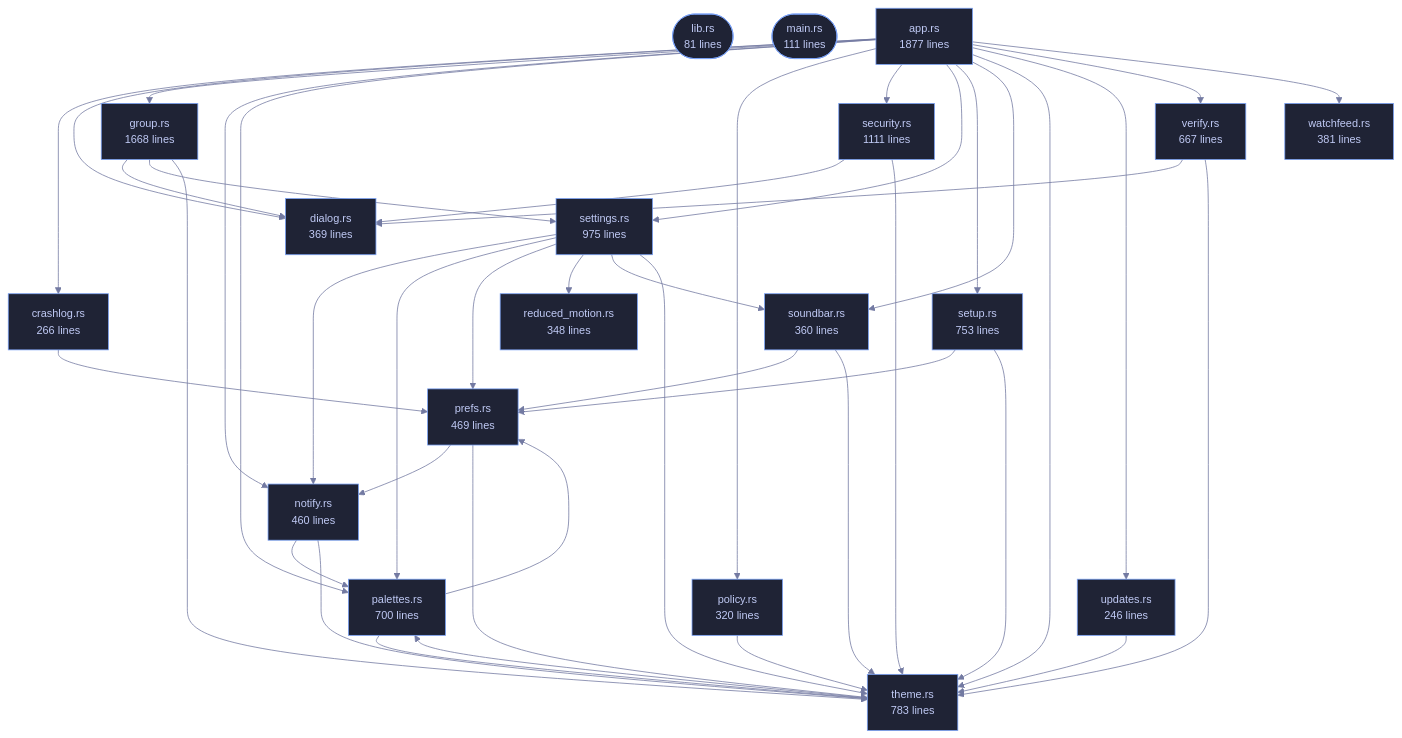
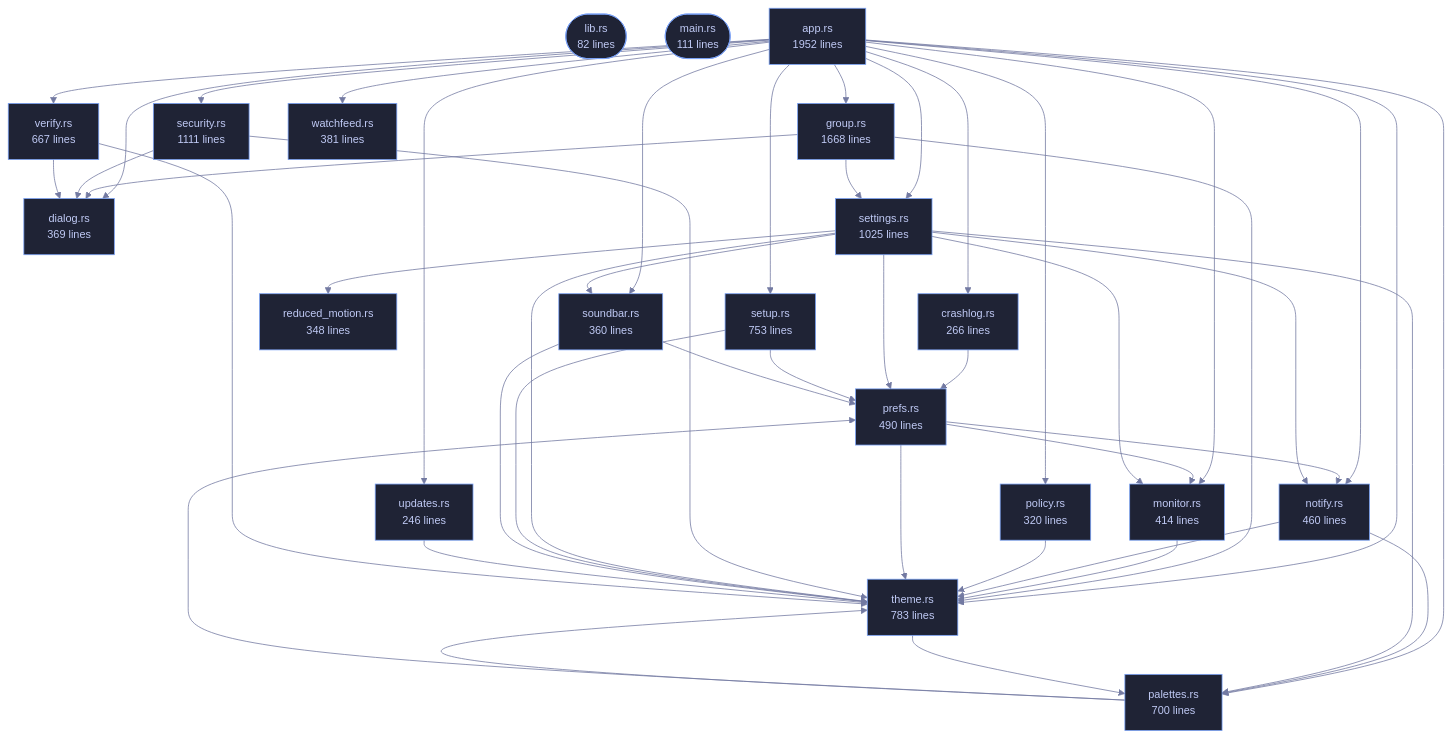
Before and after one commit to tilas01/veilvoice: the diagram in crates/veilvoice-gui/README.md, drawn with Mermaid. The commit also changed other lines of this file and 81 other files, not shown here.

````diff
--- a/crates/veilvoice-gui/README.md
+++ b/crates/veilvoice-gui/README.md
@@ -94,19 +94,20 @@
 ```mermaid
 %%{init: {"theme":"base","themeVariables":{"background":"#1a1b26","primaryColor":"#1f2335","primaryTextColor":"#c0caf5","primaryBorderColor":"#7aa2f7","secondaryColor":"#16161e","tertiaryColor":"#16161e","lineColor":"#737aa2","textColor":"#c0caf5","mainBkg":"#1f2335","nodeBorder":"#7aa2f7","clusterBkg":"#16161e","clusterBorder":"#2f3549","fontFamily":"ui-monospace, SFMono-Regular, Consolas, monospace","fontSize":"14px"}}}%%
 flowchart TD
-    n_lib(["lib.rs<br/>81 lines"])
+    n_lib(["lib.rs<br/>82 lines"])
     n_main(["main.rs<br/>111 lines"])
-    n_app["app.rs<br/>1877 lines"]
+    n_app["app.rs<br/>1952 lines"]
     n_crashlog["crashlog.rs<br/>266 lines"]
     n_dialog["dialog.rs<br/>369 lines"]
     n_group["group.rs<br/>1668 lines"]
+    n_monitor["monitor.rs<br/>414 lines"]
     n_notify["notify.rs<br/>460 lines"]
     n_palettes["palettes.rs<br/>700 lines"]
     n_policy["policy.rs<br/>320 lines"]
-    n_prefs["prefs.rs<br/>469 lines"]
+    n_prefs["prefs.rs<br/>490 lines"]
     n_reduced_motion["reduced_motion.rs<br/>348 lines"]
     n_security["security.rs<br/>1111 lines"]
-    n_settings["settings.rs<br/>975 lines"]
+    n_settings["settings.rs<br/>1025 lines"]
     n_setup["setup.rs<br/>753 lines"]
     n_soundbar["soundbar.rs<br/>360 lines"]
     n_theme["theme.rs<br/>783 lines"]
@@ -116,6 +117,7 @@
     n_app --> n_crashlog
     n_app --> n_dialog
     n_app --> n_group
+    n_app --> n_monitor
     n_app --> n_notify
     n_app --> n_palettes
     n_app --> n_policy
@@ -131,15 +133,18 @@
     n_group --> n_dialog
     n_group --> n_settings
     n_group --> n_theme
+    n_monitor --> n_theme
     n_notify --> n_palettes
     n_notify --> n_theme
     n_palettes --> n_prefs
     n_palettes --> n_theme
     n_policy --> n_theme
+    n_prefs --> n_monitor
     n_prefs --> n_notify
     n_prefs --> n_theme
     n_security --> n_dialog
     n_security --> n_theme
+    n_settings --> n_monitor
     n_settings --> n_notify
     n_settings --> n_palettes
     n_settings --> n_prefs
@@ -160,6 +165,7 @@
     click n_crashlog href "https://github.com/tilas01/veilvoice/blob/main/crates/veilvoice-gui/src/crashlog.rs" "open the source"
     click n_dialog href "https://github.com/tilas01/veilvoice/blob/main/crates/veilvoice-gui/src/dialog.rs" "open the source"
     click n_group href "https://github.com/tilas01/veilvoice/blob/main/crates/veilvoice-gui/src/group.rs" "open the source"
+    click n_monitor href "https://github.com/tilas01/veilvoice/blob/main/crates/veilvoice-gui/src/monitor.rs" "open the source"
     click n_notify href "https://github.com/tilas01/veilvoice/blob/main/crates/veilvoice-gui/src/notify.rs" "open the source"
     click n_palettes href "https://github.com/tilas01/veilvoice/blob/main/crates/veilvoice-gui/src/palettes.rs" "open the source"
     click n_policy href "https://github.com/tilas01/veilvoice/blob/main/crates/veilvoice-gui/src/policy.rs" "open the source"
````
